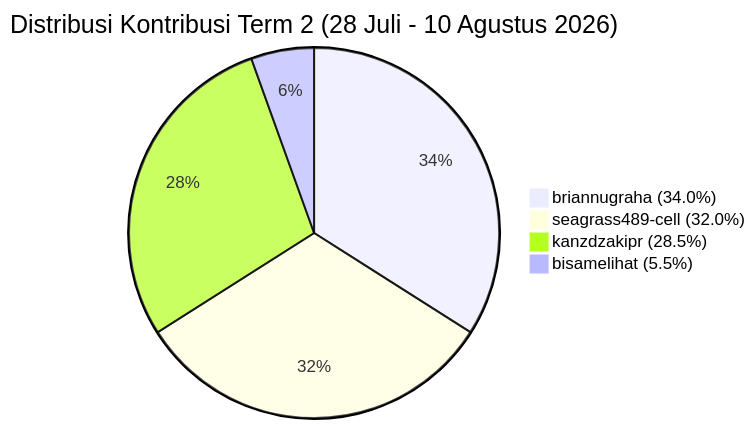
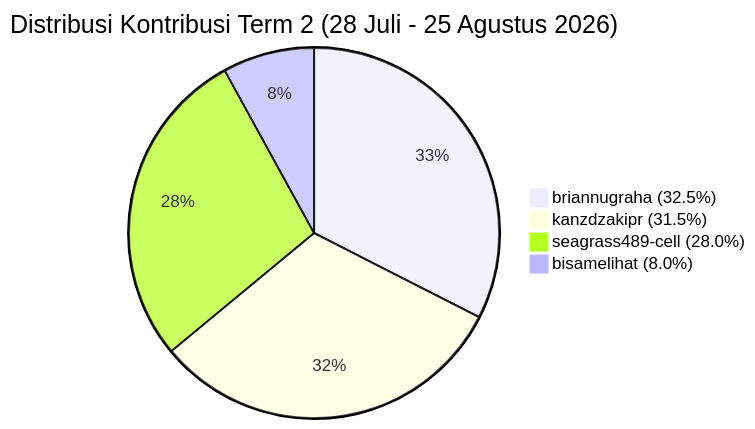
The third of 3 diagrams in KONTRIBUSI_TIM.md (kanzdzakipr/ServicePlan-BRA), drawn with Mermaid before and after one commit. The commit also changed other lines of this file, not shown here.

Commit message:
update kontribusi tim per 25 agustus

````diff
--- a/KONTRIBUSI_TIM.md
+++ b/KONTRIBUSI_TIM.md
@@ -93,7 +93,7 @@
 ```mermaid
-pie title Distribusi Kontribusi Term 2 (28 Juli - 10 Agustus 2026)
-    "briannugraha (34.0%)" : 34.0
-    "seagrass489-cell (32.0%)" : 32.0
-    "kanzdzakipr (28.5%)" : 28.5
-    "bisamelihat (5.5%)" : 5.5
+pie title Distribusi Kontribusi Term 2 (28 Juli - 25 Agustus 2026)
+    "briannugraha (32.5%)" : 32.5
+    "kanzdzakipr (31.5%)" : 31.5
+    "seagrass489-cell (28.0%)" : 28.0
+    "bisamelihat (8.0%)" : 8.0
 ```
````
